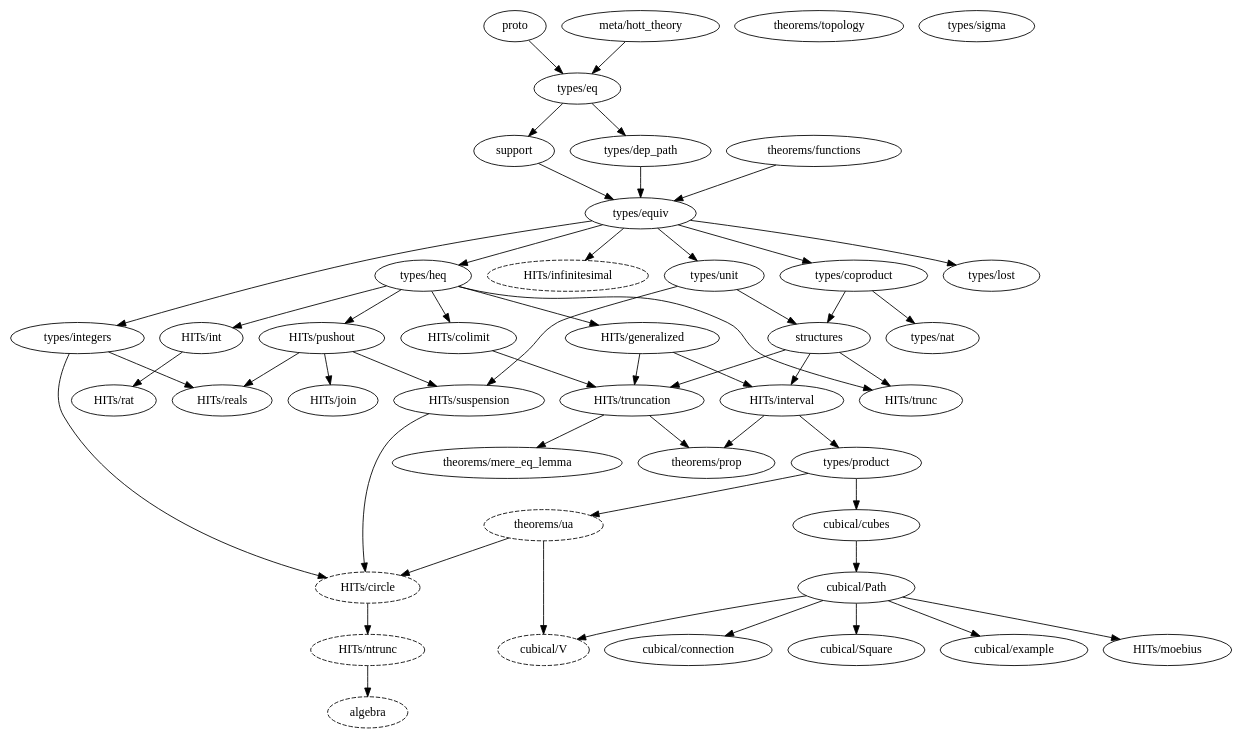
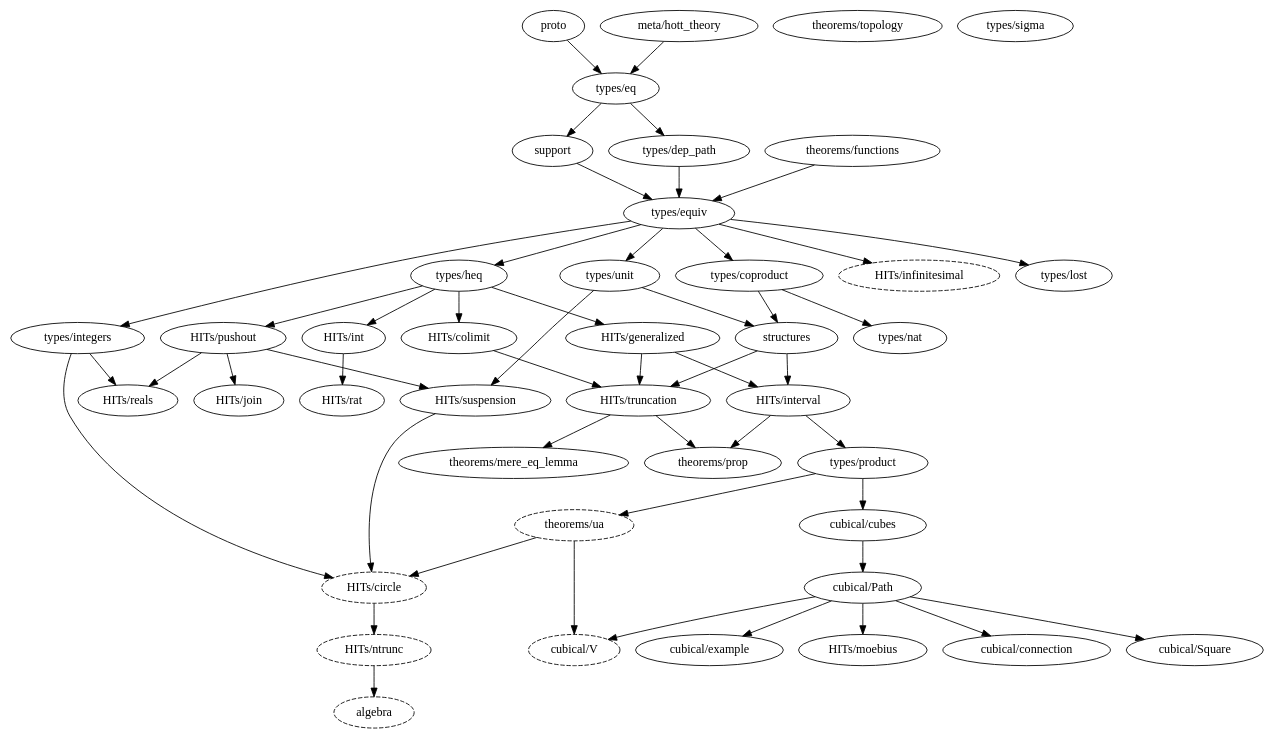
The diagram in dependency_map.gv (forked-from-1kasper/ground_zero), drawn with Graphviz before and after one commit. The commit also changed 1 other file, not shown here.

```diff
--- a/dependency_map.gv
+++ b/dependency_map.gv
@@ -1,93 +1,90 @@
 digraph dependency_map {
   proto -> "types/eq"
   "meta/hott_theory" -> "types/eq"
 
   algebra [style=dashed]
   "HITs/ntrunc" -> algebra
 
   "HITs/circle" [style=dashed]
   "types/integers" -> "HITs/circle"
   "HITs/suspension" -> "HITs/circle"
   "theorems/ua" -> "HITs/circle"
 
   "types/heq" -> "HITs/colimit"
 
   "types/heq" -> "HITs/generalized"
 
   "HITs/infinitesimal" [style=dashed]
   "types/equiv" -> "HITs/infinitesimal"
 
   "types/equiv" -> "types/coproduct"
   "types/eq" -> "types/dep_path"
 
   "cubical/Path" -> "cubical/connection"
   "types/product" -> "cubical/cubes"
   "cubical/cubes" -> "cubical/Path"
   "cubical/Path" -> "cubical/Square"
   "cubical/Path" -> "cubical/example"
 
   "cubical/V" [style=dashed]
   "theorems/ua" -> "cubical/V"
   "cubical/Path" -> "cubical/V"
 
   "types/equiv" -> "types/heq"
   "types/equiv" -> "types/integers"
 
   "types/dep_path" -> "types/equiv"
   support -> "types/equiv"
   "theorems/functions" -> "types/equiv"
 
   "types/heq" -> "HITs/int"
 
   "structures" -> "HITs/interval"
   "HITs/generalized" -> "HITs/interval"
 
   "HITs/pushout" -> "HITs/join"
 
   "cubical/Path" -> "HITs/moebius"
 
   "HITs/truncation" -> "theorems/mere_eq_lemma"
 
   "theorems/topology"
 
   "HITs/ntrunc" [style=dashed]
   "HITs/circle" -> "HITs/ntrunc"
 
   "HITs/interval" -> "types/product"
 
   "HITs/interval" -> "theorems/prop"
   "HITs/truncation" -> "theorems/prop"
 
   "types/heq" -> "HITs/pushout"
 
   "HITs/int" -> "HITs/rat"
 
   "HITs/pushout" -> "HITs/reals"
   "types/integers" -> "HITs/reals"
 
   "types/unit" -> structures
   "types/coproduct" -> structures
 
   "types/eq" -> support
 
   "HITs/pushout" -> "HITs/suspension"
   "types/unit" -> "HITs/suspension"
 
-  structures -> "HITs/trunc"
-  "types/heq" -> "HITs/trunc"
-
   structures -> "HITs/truncation"
   "HITs/colimit" -> "HITs/truncation"
   "HITs/generalized" -> "HITs/truncation"
 
   "theorems/ua" [style=dashed]
   "types/product" -> "theorems/ua"
 
   "types/equiv" -> "types/unit"
 
   "types/coproduct" -> "types/nat"
 
   "types/equiv" -> "types/lost"
 
   "types/sigma"
 }
```
